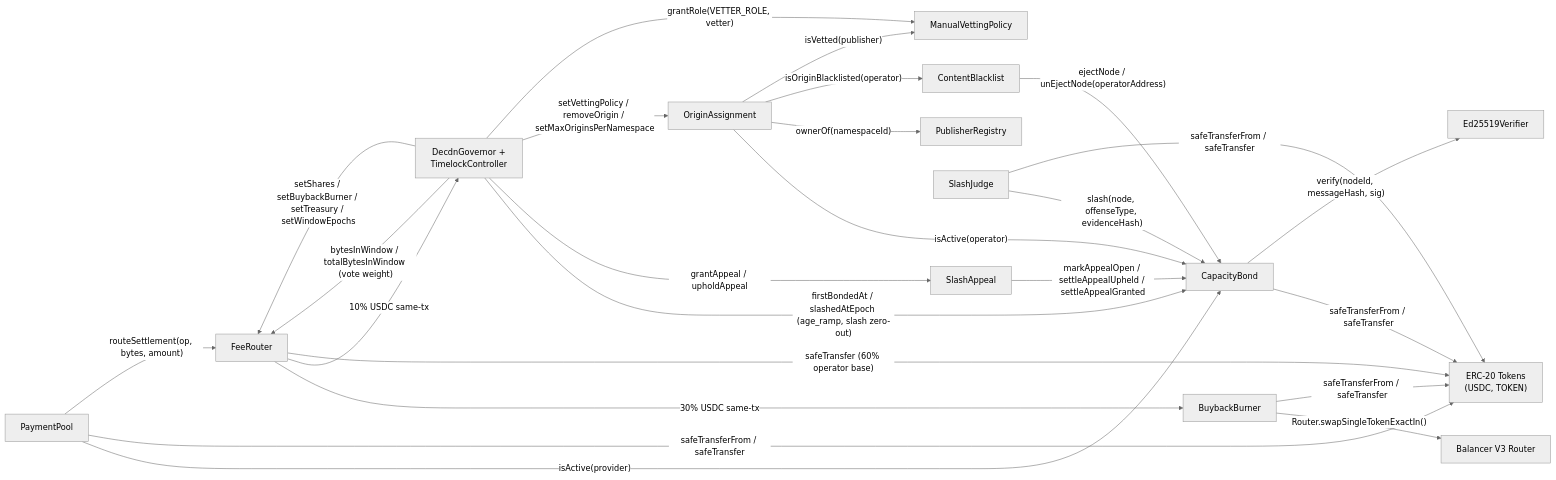
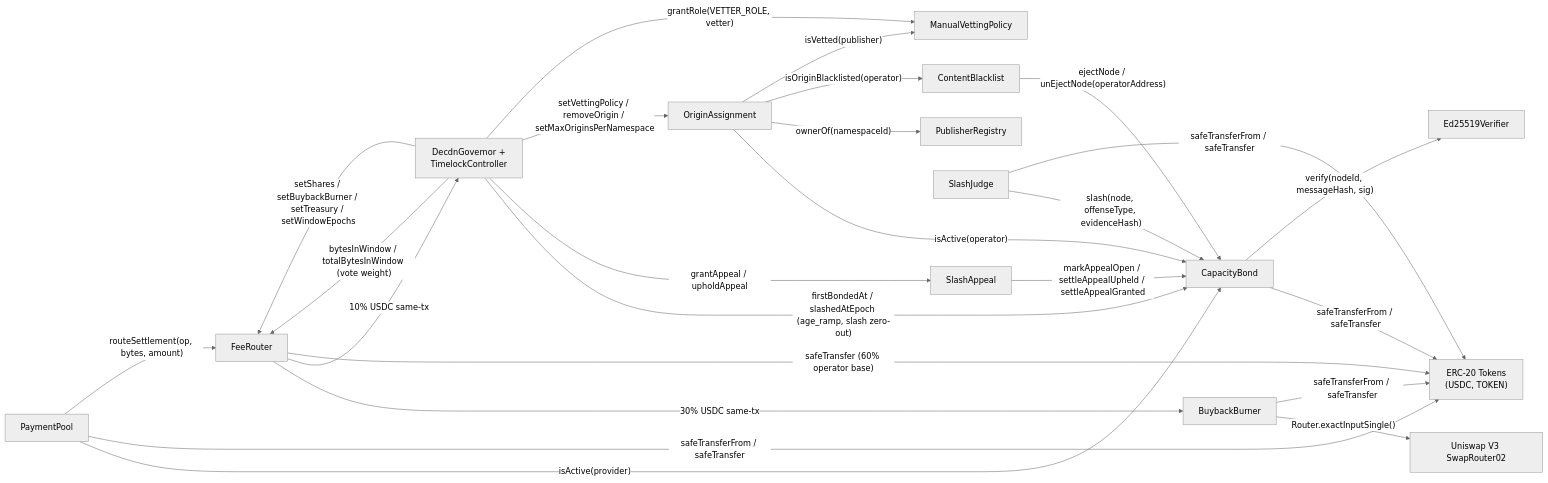
One commit to decdn/decdn changed the third of 5 diagrams in adr/016-contract-interactions.md. Above: the diagram before and after it, drawn with Mermaid (neutral theme). The commit also changed other lines of this file and 34 other files, not shown here.

First line of the commit message:
refactor(contracts)!: remove Balancer buyback venue, make Uniswap V3 canonical (#2043)

````diff
--- a/adr/016-contract-interactions.md
+++ b/adr/016-contract-interactions.md
@@ -423,42 +423,42 @@
 ```mermaid
 graph LR
     SPC["PaymentPool"]
     CBOND["CapacityBond"]
     CB["ContentBlacklist"]
     PR["PublisherRegistry"]
     OA["OriginAssignment"]
     MVP["ManualVettingPolicy"]
     SJ["SlashJudge"]
     BB["BuybackBurner"]
     FR["FeeRouter"]
     SA["SlashAppeal"]
     GOV["DecdnGovernor +<br/>TimelockController"]
     ERC["ERC-20 Tokens<br/>(USDC, TOKEN)"]
-    BAL["Balancer V3 Router"]
+    UNI["Uniswap V3 SwapRouter02"]
     ED["Ed25519Verifier"]
 
     SPC -->|"isActive(provider)"| CBOND
     SPC -->|"safeTransferFrom / safeTransfer"| ERC
     SPC -->|"routeSettlement(op, bytes, amount)"| FR
     FR -->|"30% USDC same-tx"| BB
     FR -->|"10% USDC same-tx"| GOV
     FR -->|"safeTransfer (60% operator base)"| ERC
     GOV -->|"bytesInWindow / totalBytesInWindow (vote weight)"| FR
     GOV -->|"firstBondedAt / slashedAtEpoch (age_ramp, slash zero-out)"| CBOND
     GOV -->|"grantAppeal / upholdAppeal"| SA
     GOV -->|"setShares / setBuybackBurner / setTreasury / setWindowEpochs"| FR
     CB -->|"ejectNode / unEjectNode(operatorAddress)"| CBOND
     OA -->|"isActive(operator)"| CBOND
     OA -->|"ownerOf(namespaceId)"| PR
     OA -->|"isOriginBlacklisted(operator)"| CB
     OA -->|"isVetted(publisher)"| MVP
     GOV -->|"setVettingPolicy / removeOrigin / setMaxOriginsPerNamespace"| OA
     GOV -->|"grantRole(VETTER_ROLE, vetter)"| MVP
     SJ -->|"slash(node, offenseType, evidenceHash)"| CBOND
     SJ -->|"safeTransferFrom / safeTransfer"| ERC
     CBOND -->|"safeTransferFrom / safeTransfer"| ERC
     CBOND -->|"verify(nodeId, messageHash, sig)"| ED
     SA -->|"markAppealOpen / settleAppealUpheld / settleAppealGranted"| CBOND
-    BB -->|"Router.swapSingleTokenExactIn()"| BAL
+    BB -->|"Router.exactInputSingle()"| UNI
     BB -->|"safeTransferFrom / safeTransfer"| ERC
 ```
````
